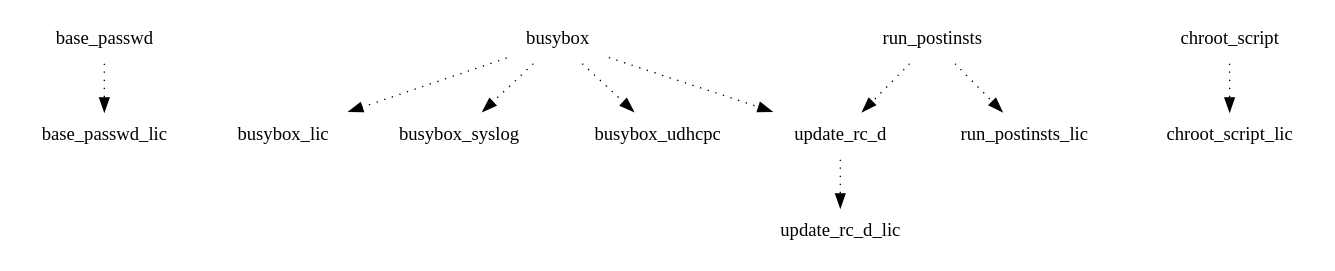
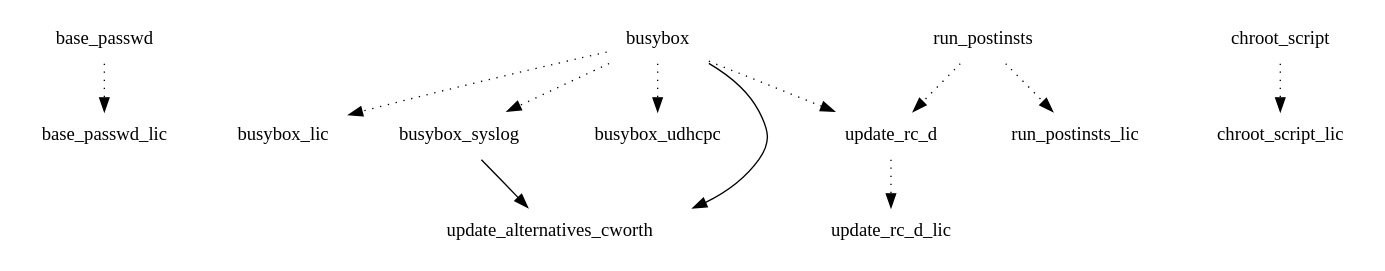
Before and after one commit to webOS-ports/buildhistory: the diagram in images/grouper/eglibc/chroot-image/depends-nokernel-nolibc.dot, drawn with Graphviz. The commit also changed 20 other files, not shown here.

```diff
--- a/images/grouper/eglibc/chroot-image/depends-nokernel-nolibc.dot
+++ b/images/grouper/eglibc/chroot-image/depends-nokernel-nolibc.dot
@@ -1,12 +1,14 @@
 digraph depends {
     node [shape=plaintext]
 base_passwd -> base_passwd_lic [style=dotted];
 busybox -> busybox_lic [style=dotted];
 busybox -> busybox_syslog [style=dotted];
 busybox -> busybox_udhcpc [style=dotted];
+busybox -> update_alternatives_cworth;
 busybox -> update_rc_d [style=dotted];
+busybox_syslog -> update_alternatives_cworth;
 chroot_script -> chroot_script_lic [style=dotted];
 run_postinsts -> run_postinsts_lic [style=dotted];
 run_postinsts -> update_rc_d [style=dotted];
 update_rc_d -> update_rc_d_lic [style=dotted];
 }
```
